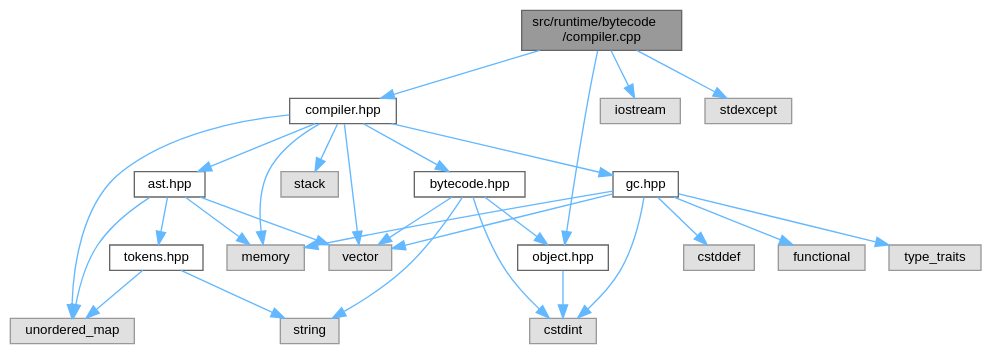
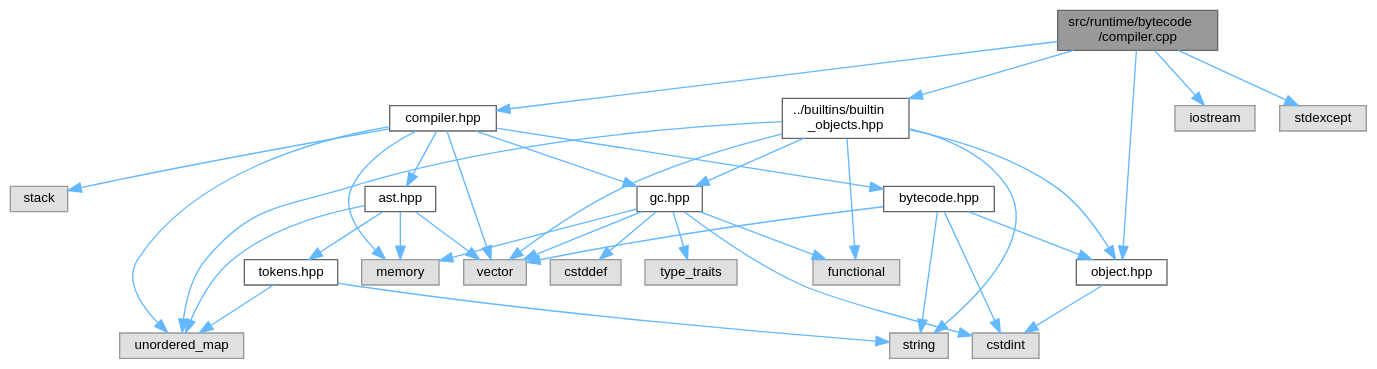
One commit to kejunp/kejunp.github.io changed the diagram in pebbl/docs/compiler_8cpp__incl.dot. Above: the diagram before and after it, drawn with Graphviz. The commit also changed 49 other files, not shown here.

```diff
--- a/pebbl/docs/compiler_8cpp__incl.dot
+++ b/pebbl/docs/compiler_8cpp__incl.dot
@@ -1,53 +1,61 @@
 digraph "src/runtime/bytecode/compiler.cpp"
 {
  // LATEX_PDF_SIZE
   bgcolor="transparent";
   edge [fontname=Helvetica,fontsize=10,labelfontname=Helvetica,labelfontsize=10];
   node [fontname=Helvetica,fontsize=10,shape=box,height=0.2,width=0.4];
   Node1 [id="Node000001",label="src/runtime/bytecode\l/compiler.cpp",height=0.2,width=0.4,color="gray40", fillcolor="grey60", style="filled", fontcolor="black",tooltip="Implementation of the AST to bytecode compiler."];
   Node1 -> Node2 [id="edge1_Node000001_Node000002",color="steelblue1",style="solid",tooltip=" "];
   Node2 [id="Node000002",label="compiler.hpp",height=0.2,width=0.4,color="grey40", fillcolor="white", style="filled",URL="$compiler_8hpp.html",tooltip="AST to bytecode compiler for the PEBBL language."];
   Node2 -> Node3 [id="edge2_Node000002_Node000003",color="steelblue1",style="solid",tooltip=" "];
   Node3 [id="Node000003",label="memory",height=0.2,width=0.4,color="grey60", fillcolor="#E0E0E0", style="filled",tooltip=" "];
   Node2 -> Node4 [id="edge3_Node000002_Node000004",color="steelblue1",style="solid",tooltip=" "];
   Node4 [id="Node000004",label="stack",height=0.2,width=0.4,color="grey60", fillcolor="#E0E0E0", style="filled",tooltip=" "];
   Node2 -> Node5 [id="edge4_Node000002_Node000005",color="steelblue1",style="solid",tooltip=" "];
   Node5 [id="Node000005",label="unordered_map",height=0.2,width=0.4,color="grey60", fillcolor="#E0E0E0", style="filled",tooltip=" "];
   Node2 -> Node6 [id="edge5_Node000002_Node000006",color="steelblue1",style="solid",tooltip=" "];
   Node6 [id="Node000006",label="vector",height=0.2,width=0.4,color="grey60", fillcolor="#E0E0E0", style="filled",tooltip=" "];
   Node2 -> Node7 [id="edge6_Node000002_Node000007",color="steelblue1",style="solid",tooltip=" "];
   Node7 [id="Node000007",label="ast.hpp",height=0.2,width=0.4,color="grey40", fillcolor="white", style="filled",URL="$ast_8hpp.html",tooltip="Abstract Syntax Tree node definitions for the PEBBL language."];
   Node7 -> Node3 [id="edge7_Node000007_Node000003",color="steelblue1",style="solid",tooltip=" "];
   Node7 -> Node5 [id="edge8_Node000007_Node000005",color="steelblue1",style="solid",tooltip=" "];
   Node7 -> Node6 [id="edge9_Node000007_Node000006",color="steelblue1",style="solid",tooltip=" "];
   Node7 -> Node8 [id="edge10_Node000007_Node000008",color="steelblue1",style="solid",tooltip=" "];
   Node8 [id="Node000008",label="tokens.hpp",height=0.2,width=0.4,color="grey40", fillcolor="white", style="filled",URL="$tokens_8hpp.html",tooltip="Token definitions and utilities for the PEBBL lexer."];
   Node8 -> Node9 [id="edge11_Node000008_Node000009",color="steelblue1",style="solid",tooltip=" "];
   Node9 [id="Node000009",label="string",height=0.2,width=0.4,color="grey60", fillcolor="#E0E0E0", style="filled",tooltip=" "];
   Node8 -> Node5 [id="edge12_Node000008_Node000005",color="steelblue1",style="solid",tooltip=" "];
   Node2 -> Node10 [id="edge13_Node000002_Node000010",color="steelblue1",style="solid",tooltip=" "];
   Node10 [id="Node000010",label="bytecode.hpp",height=0.2,width=0.4,color="grey40", fillcolor="white", style="filled",URL="$bytecode_8hpp.html",tooltip="Bytecode instruction definitions and data structures for the PEBBL virtual machine."];
   Node10 -> Node11 [id="edge14_Node000010_Node000011",color="steelblue1",style="solid",tooltip=" "];
   Node11 [id="Node000011",label="cstdint",height=0.2,width=0.4,color="grey60", fillcolor="#E0E0E0", style="filled",tooltip=" "];
   Node10 -> Node9 [id="edge15_Node000010_Node000009",color="steelblue1",style="solid",tooltip=" "];
   Node10 -> Node6 [id="edge16_Node000010_Node000006",color="steelblue1",style="solid",tooltip=" "];
   Node10 -> Node12 [id="edge17_Node000010_Node000012",color="steelblue1",style="solid",tooltip=" "];
   Node12 [id="Node000012",label="object.hpp",height=0.2,width=0.4,color="grey40", fillcolor="white", style="filled",URL="$object_8hpp.html",tooltip="Runtime object system using NaN-boxing for efficient value representation."];
   Node12 -> Node11 [id="edge18_Node000012_Node000011",color="steelblue1",style="solid",tooltip=" "];
   Node2 -> Node13 [id="edge19_Node000002_Node000013",color="steelblue1",style="solid",tooltip=" "];
   Node13 [id="Node000013",label="gc.hpp",height=0.2,width=0.4,color="grey40", fillcolor="white", style="filled",URL="$gc_8hpp.html",tooltip="Garbage collection system for the PEBBL runtime."];
   Node13 -> Node14 [id="edge20_Node000013_Node000014",color="steelblue1",style="solid",tooltip=" "];
   Node14 [id="Node000014",label="cstddef",height=0.2,width=0.4,color="grey60", fillcolor="#E0E0E0", style="filled",tooltip=" "];
   Node13 -> Node11 [id="edge21_Node000013_Node000011",color="steelblue1",style="solid",tooltip=" "];
   Node13 -> Node15 [id="edge22_Node000013_Node000015",color="steelblue1",style="solid",tooltip=" "];
   Node15 [id="Node000015",label="functional",height=0.2,width=0.4,color="grey60", fillcolor="#E0E0E0", style="filled",tooltip=" "];
   Node13 -> Node3 [id="edge23_Node000013_Node000003",color="steelblue1",style="solid",tooltip=" "];
   Node13 -> Node16 [id="edge24_Node000013_Node000016",color="steelblue1",style="solid",tooltip=" "];
   Node16 [id="Node000016",label="type_traits",height=0.2,width=0.4,color="grey60", fillcolor="#E0E0E0", style="filled",tooltip=" "];
   Node13 -> Node6 [id="edge25_Node000013_Node000006",color="steelblue1",style="solid",tooltip=" "];
   Node1 -> Node17 [id="edge26_Node000001_Node000017",color="steelblue1",style="solid",tooltip=" "];
   Node17 [id="Node000017",label="iostream",height=0.2,width=0.4,color="grey60", fillcolor="#E0E0E0", style="filled",tooltip=" "];
   Node1 -> Node18 [id="edge27_Node000001_Node000018",color="steelblue1",style="solid",tooltip=" "];
   Node18 [id="Node000018",label="stdexcept",height=0.2,width=0.4,color="grey60", fillcolor="#E0E0E0", style="filled",tooltip=" "];
   Node1 -> Node12 [id="edge28_Node000001_Node000012",color="steelblue1",style="solid",tooltip=" "];
+  Node1 -> Node19 [id="edge29_Node000001_Node000019",color="steelblue1",style="solid",tooltip=" "];
+  Node19 [id="Node000019",label="../builtins/builtin\l_objects.hpp",height=0.2,width=0.4,color="grey40", fillcolor="white", style="filled",URL="$builtin__objects_8hpp.html",tooltip="Built-in garbage-collected object types (String, Array, Dict)"];
+  Node19 -> Node15 [id="edge30_Node000019_Node000015",color="steelblue1",style="solid",tooltip=" "];
+  Node19 -> Node9 [id="edge31_Node000019_Node000009",color="steelblue1",style="solid",tooltip=" "];
+  Node19 -> Node5 [id="edge32_Node000019_Node000005",color="steelblue1",style="solid",tooltip=" "];
+  Node19 -> Node6 [id="edge33_Node000019_Node000006",color="steelblue1",style="solid",tooltip=" "];
+  Node19 -> Node13 [id="edge34_Node000019_Node000013",color="steelblue1",style="solid",tooltip=" "];
+  Node19 -> Node12 [id="edge35_Node000019_Node000012",color="steelblue1",style="solid",tooltip=" "];
 }
```
